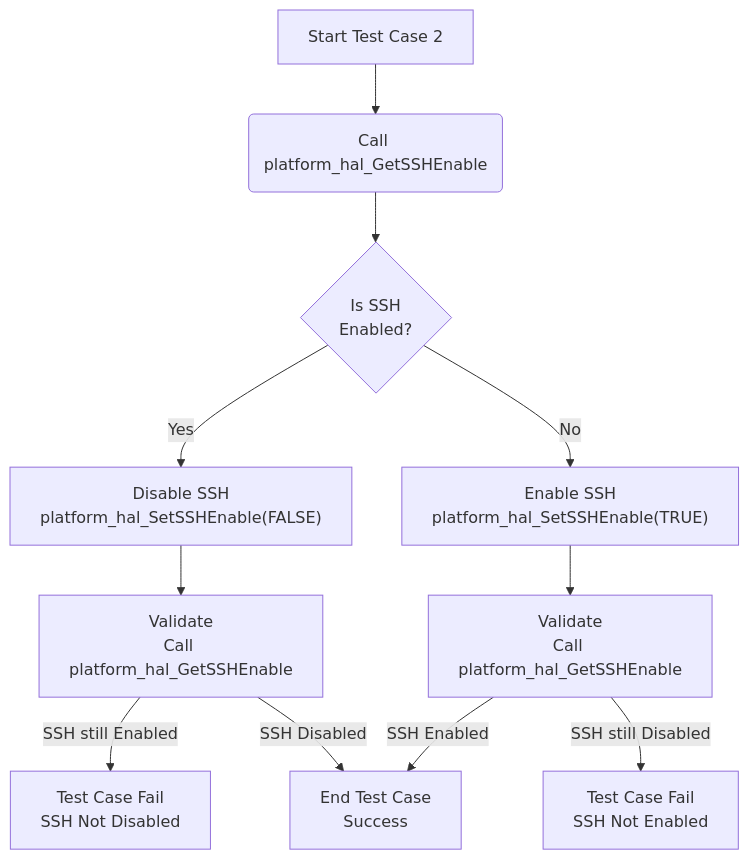
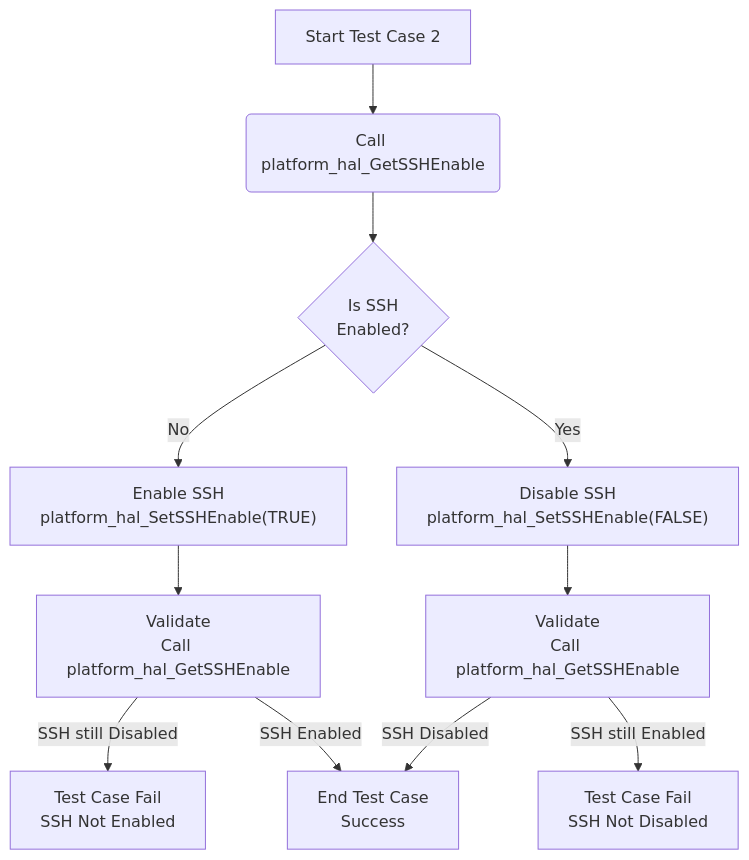
The second of 14 diagrams in docs/pages/platform_hal_mermaid.md (rdkcentral/rdkb-halif-test-platform), drawn with Mermaid before and after one commit. The commit also changed other lines of this file, not shown here.

Commit message:
Develop platform hal L2 test suite Modified the mermaid file for L2 testcases

````diff
--- a/docs/pages/platform_hal_mermaid.md
+++ b/docs/pages/platform_hal_mermaid.md
@@ -21,13 +21,13 @@
 ```mermaid
 flowchart TD
     A[Start Test Case 2] --> B(Call platform_hal_GetSSHEnable)
     B --> C{Is SSH <br> Enabled?}
+    C -->|No| E["Enable SSH<br>platform_hal_SetSSHEnable(TRUE)"]
     C -->|Yes| D["Disable SSH<br>platform_hal_SetSSHEnable(FALSE)"]
-    C -->|No| E["Enable SSH<br>platform_hal_SetSSHEnable(TRUE)"]
     D --> F[Validate<br>Call platform_hal_GetSSHEnable]
     E --> G[Validate<br>Call platform_hal_GetSSHEnable]
+    F -->|SSH Disabled| I[End Test Case<br>Success]
     F -->|SSH still Enabled| H[Test Case Fail<br>SSH Not Disabled]
-    F -->|SSH Disabled| I[End Test Case<br>Success]
     G -->|SSH still Disabled| J[Test Case Fail<br>SSH Not Enabled]
     G -->|SSH Enabled| I[End Test Case<br>Success]
 ```
````
